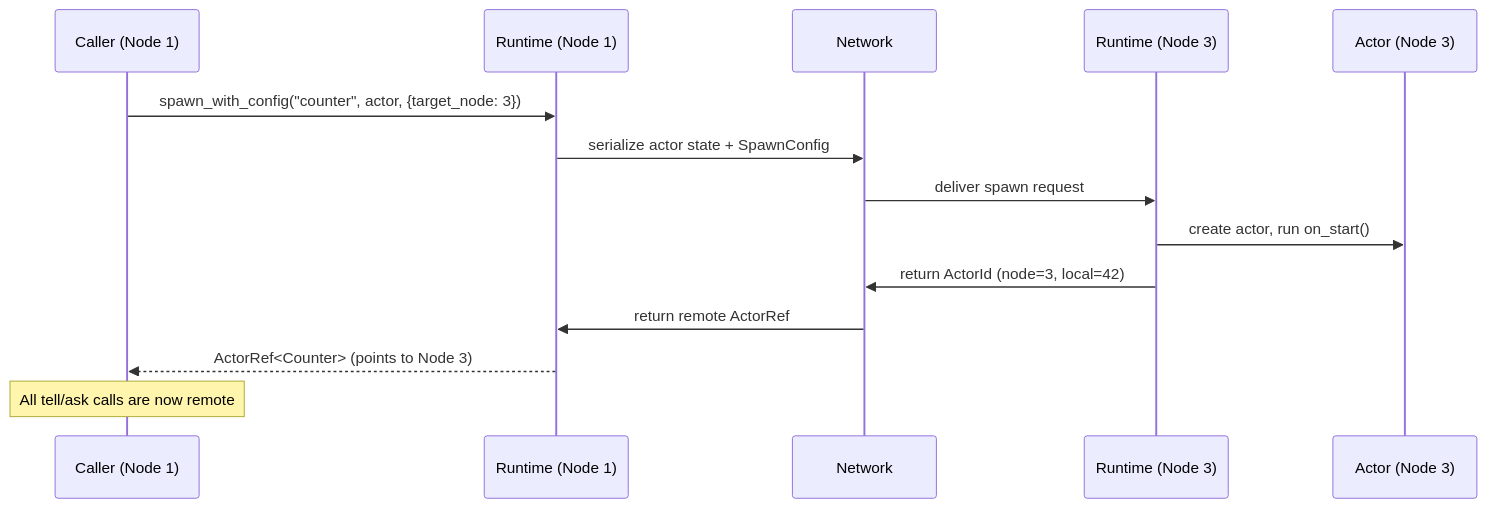
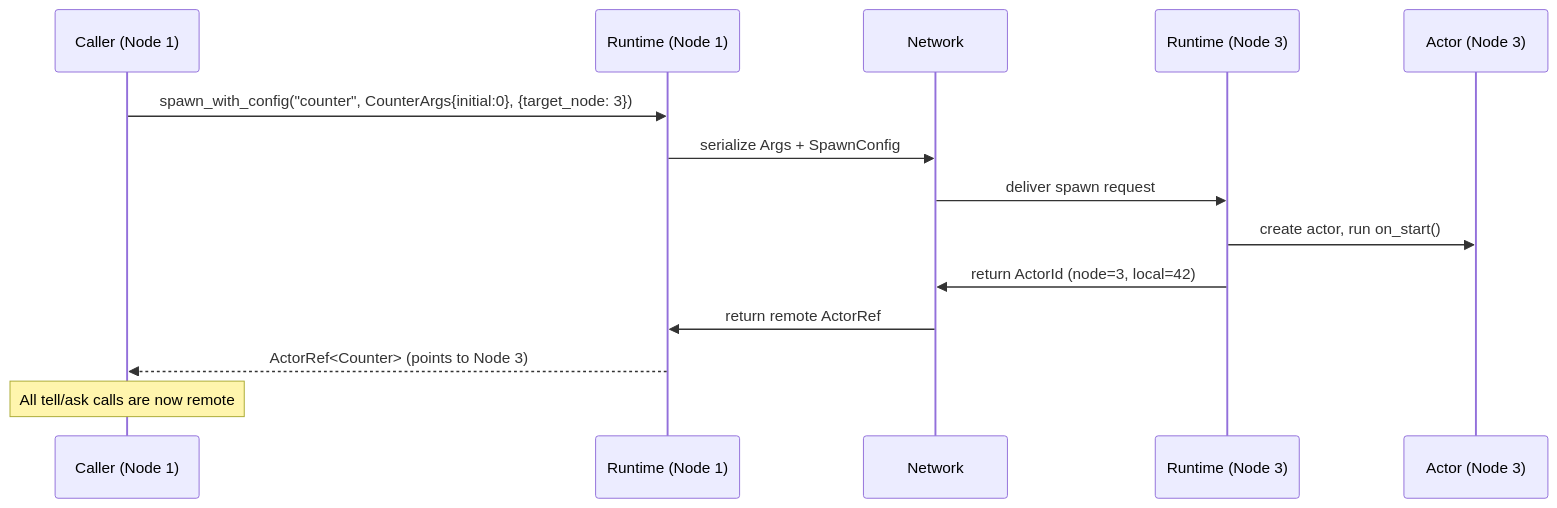
One commit to ditas-team/dactor changed diagram 31 of 43 in docs/design-v0.2.md. Above: the diagram before and after it, drawn with Mermaid. The commit also changed other lines of this file, not shown here.

````diff
--- a/docs/design-v0.2.md
+++ b/docs/design-v0.2.md
@@ -5621,17 +5650,17 @@
 ```mermaid
 sequenceDiagram
     participant C as Caller (Node 1)
     participant R as Runtime (Node 1)
     participant N as Network
     participant R2 as Runtime (Node 3)
     participant A as Actor (Node 3)
 
-    C->>R: spawn_with_config("counter", actor, {target_node: 3})
-    R->>N: serialize actor state + SpawnConfig
+    C->>R: spawn_with_config("counter", CounterArgs{initial:0}, {target_node: 3})
+    R->>N: serialize Args + SpawnConfig
     N->>R2: deliver spawn request
     R2->>A: create actor, run on_start()
     R2->>N: return ActorId (node=3, local=42)
     N->>R: return remote ActorRef
     R-->>C: ActorRef<Counter> (points to Node 3)
     Note over C: All tell/ask calls are now remote
 ```
````
